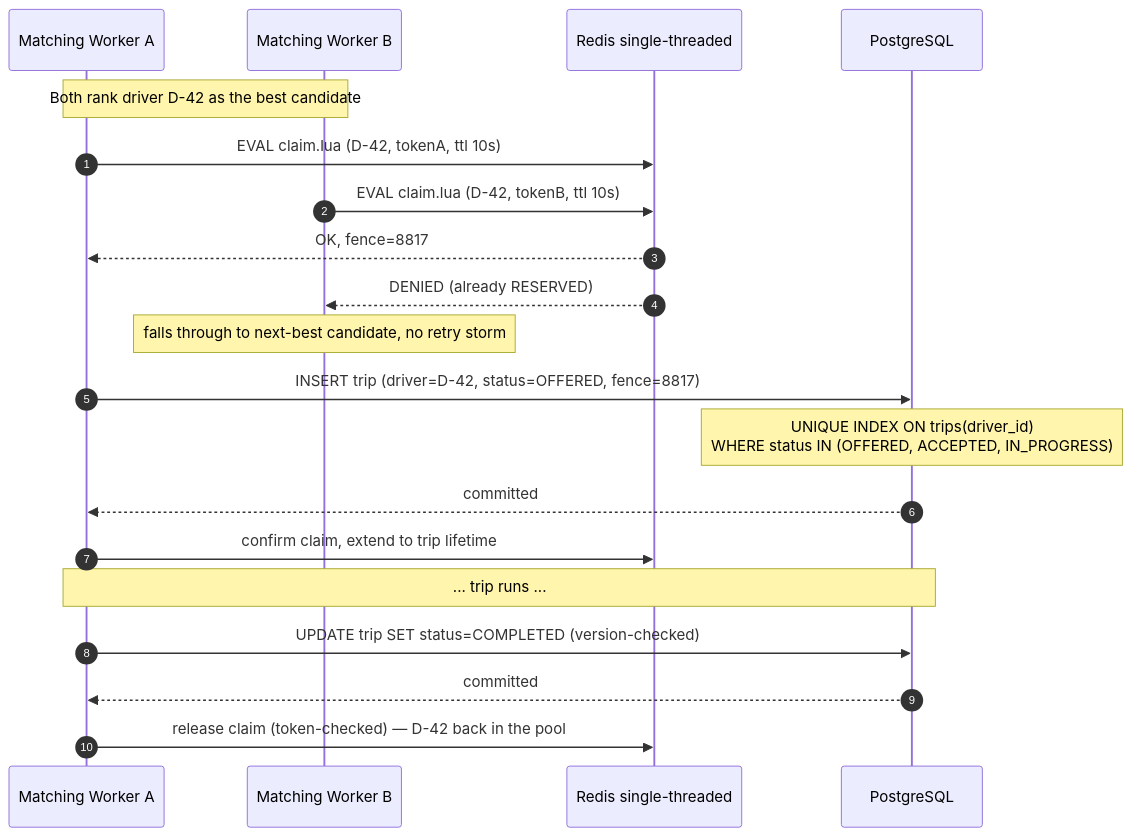
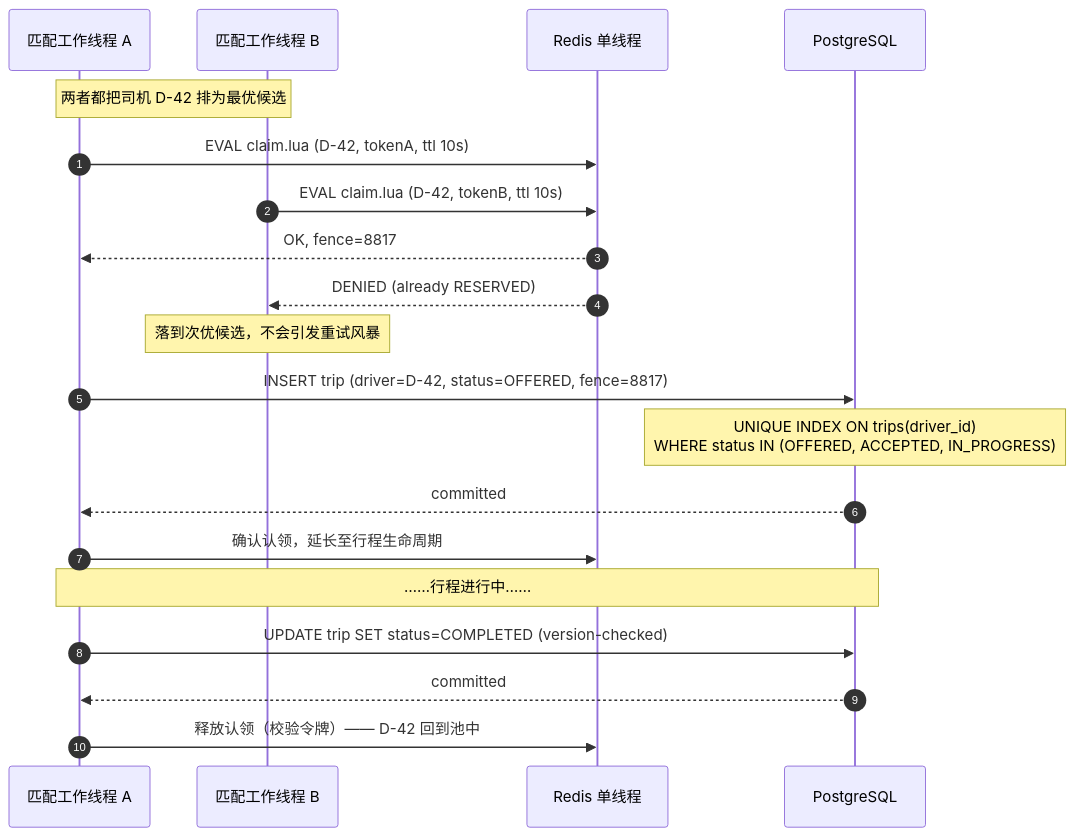
One commit to cd-water/dispatch-engine changed the third of 4 diagrams in README.md. Above: the diagram before and after it, drawn with Mermaid. The commit also changed other lines of this file and 146 other files, not shown here.

````diff
--- a/README.md
+++ b/README.md
@@ -131,25 +124,25 @@
 ```mermaid
 sequenceDiagram
     autonumber
-    participant W1 as Matching Worker A
-    participant W2 as Matching Worker B
-    participant R as Redis single-threaded
+    participant W1 as 匹配工作线程 A
+    participant W2 as 匹配工作线程 B
+    participant R as Redis 单线程
     participant PG as PostgreSQL
 
-    Note over W1,W2: Both rank driver D-42 as the best candidate
+    Note over W1,W2: 两者都把司机 D-42 排为最优候选
     W1->>R: EVAL claim.lua (D-42, tokenA, ttl 10s)
     W2->>R: EVAL claim.lua (D-42, tokenB, ttl 10s)
     R-->>W1: OK, fence=8817
     R-->>W2: DENIED (already RESERVED)
-    Note over W2: falls through to next-best candidate, no retry storm
+    Note over W2: 落到次优候选，不会引发重试风暴
 
     W1->>PG: INSERT trip (driver=D-42, status=OFFERED, fence=8817)
     Note over PG: UNIQUE INDEX ON trips(driver_id)<br/>WHERE status IN (OFFERED, ACCEPTED, IN_PROGRESS)
     PG-->>W1: committed
-    W1->>R: confirm claim, extend to trip lifetime
+    W1->>R: 确认认领，延长至行程生命周期
 
-    Note over W1,PG: ... trip runs ...
+    Note over W1,PG: ……行程进行中……
     W1->>PG: UPDATE trip SET status=COMPLETED (version-checked)
     PG-->>W1: committed
-    W1->>R: release claim (token-checked) — D-42 back in the pool
+    W1->>R: 释放认领（校验令牌）—— D-42 回到池中
 ```
````
